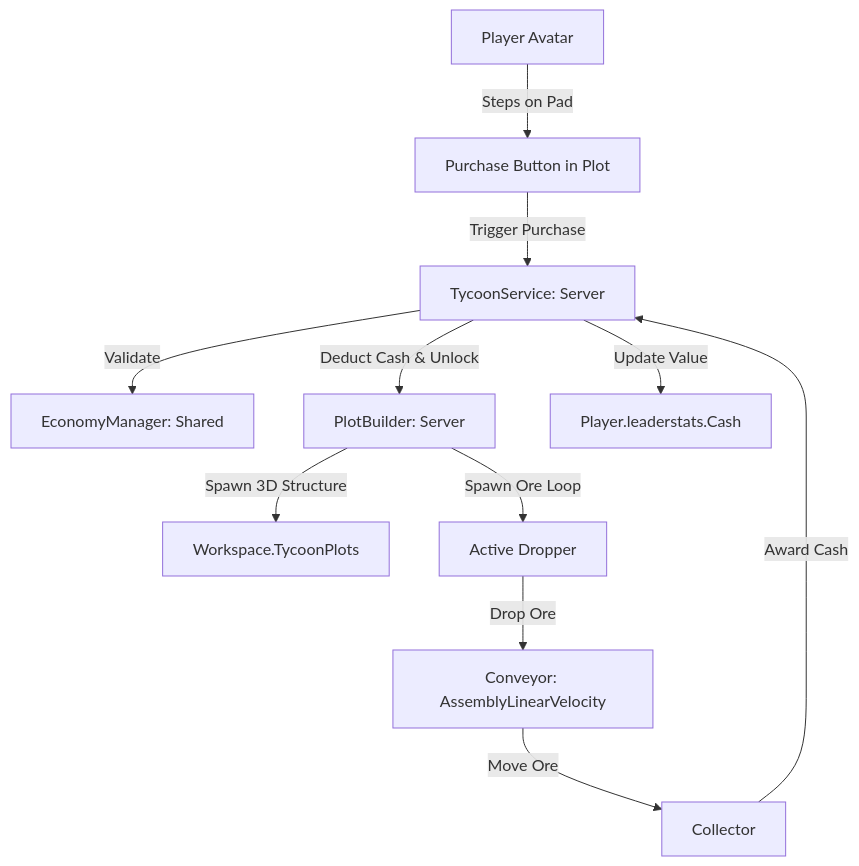
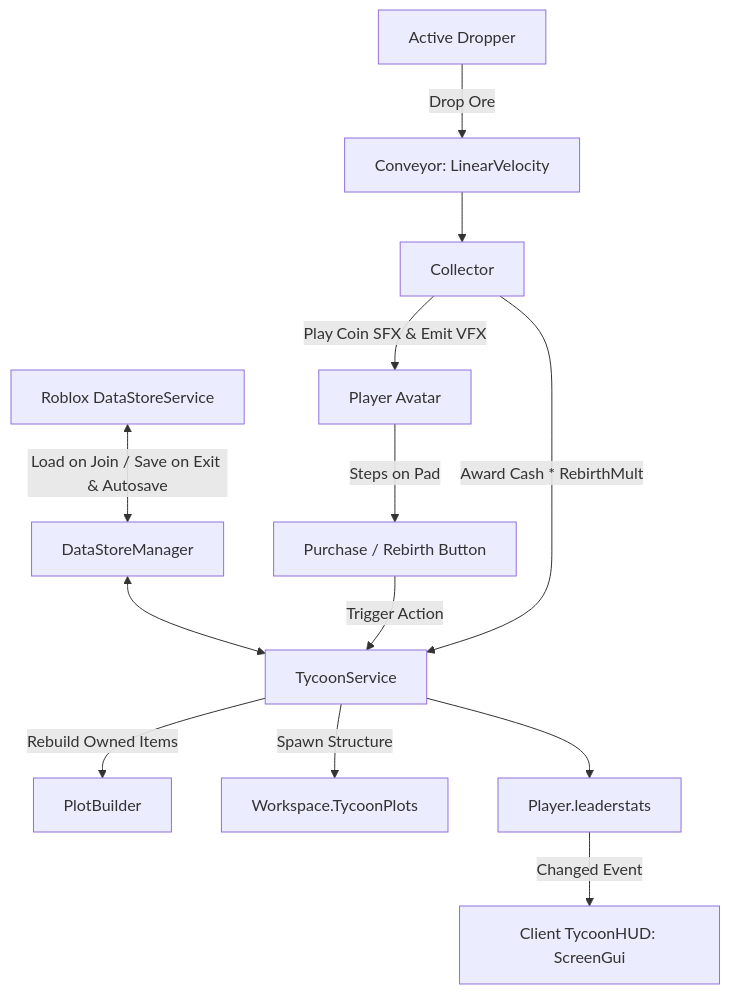
One commit to Ainz-Oul-Gown/roblox changed the diagram in .ai/ARCHITECTURE.md. Above: the diagram before and after it, drawn with Mermaid. The commit also changed other lines of this file and 8 other files, not shown here.

Commit message:
feat: add DataStore persistence, Rebirth system, SFX/VFX and client Screen HUD

````diff
--- a/.ai/ARCHITECTURE.md
+++ b/.ai/ARCHITECTURE.md
@@ -21,13 +22,15 @@
 ```mermaid
 graph TD
-    Player[Player Avatar] -->|Steps on Pad| Button[Purchase Button in Plot]
-    Button -->|Trigger Purchase| TycoonService[TycoonService: Server]
-    TycoonService -->|Validate| EconomyManager[EconomyManager: Shared]
-    TycoonService -->|Deduct Cash & Unlock| PlotBuilder[PlotBuilder: Server]
-    PlotBuilder -->|Spawn 3D Structure| World[Workspace.TycoonPlots]
-    PlotBuilder -->|Spawn Ore Loop| Dropper[Active Dropper]
-    Dropper -->|Drop Ore| Conveyor[Conveyor: AssemblyLinearVelocity]
-    Conveyor -->|Move Ore| Collector[Collector]
-    Collector -->|Award Cash| TycoonService
-    TycoonService -->|Update Value| Leaderstats[Player.leaderstats.Cash]
+    DataStore[Roblox DataStoreService] <-->|Load on Join / Save on Exit & Autosave| DSM[DataStoreManager]
+    DSM <--> TycoonService[TycoonService]
+    TycoonService -->|Rebuild Owned Items| PlotBuilder[PlotBuilder]
+    Player[Player Avatar] -->|Steps on Pad| Button[Purchase / Rebirth Button]
+    Button -->|Trigger Action| TycoonService
+    TycoonService -->|Spawn Structure| World[Workspace.TycoonPlots]
+    Dropper[Active Dropper] -->|Drop Ore| Conveyor[Conveyor: LinearVelocity]
+    Conveyor --> Collector[Collector]
+    Collector -->|Play Coin SFX & Emit VFX| Player
+    Collector -->|Award Cash * RebirthMult| TycoonService
+    TycoonService --> Leaderstats[Player.leaderstats]
+    Leaderstats -->|Changed Event| ClientHUD[Client TycoonHUD: ScreenGui]
 ```
````
